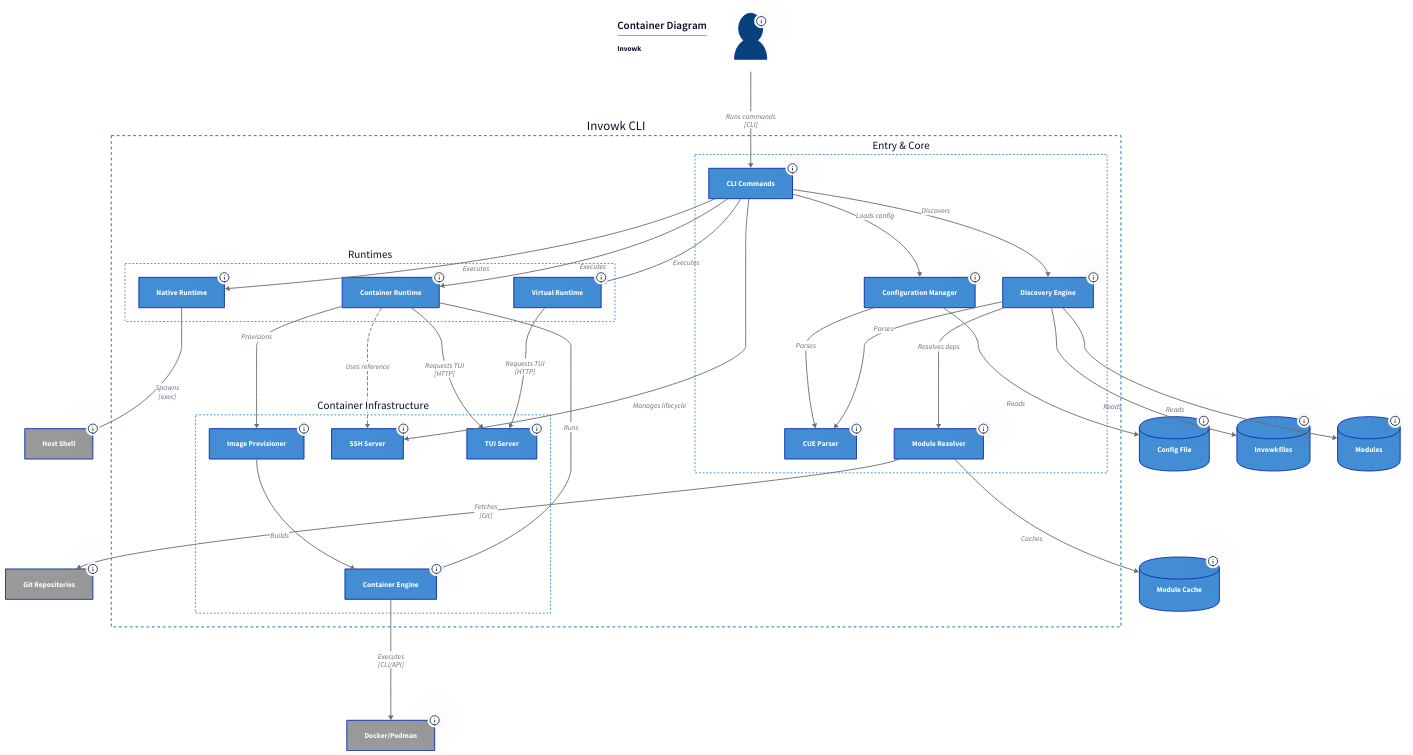
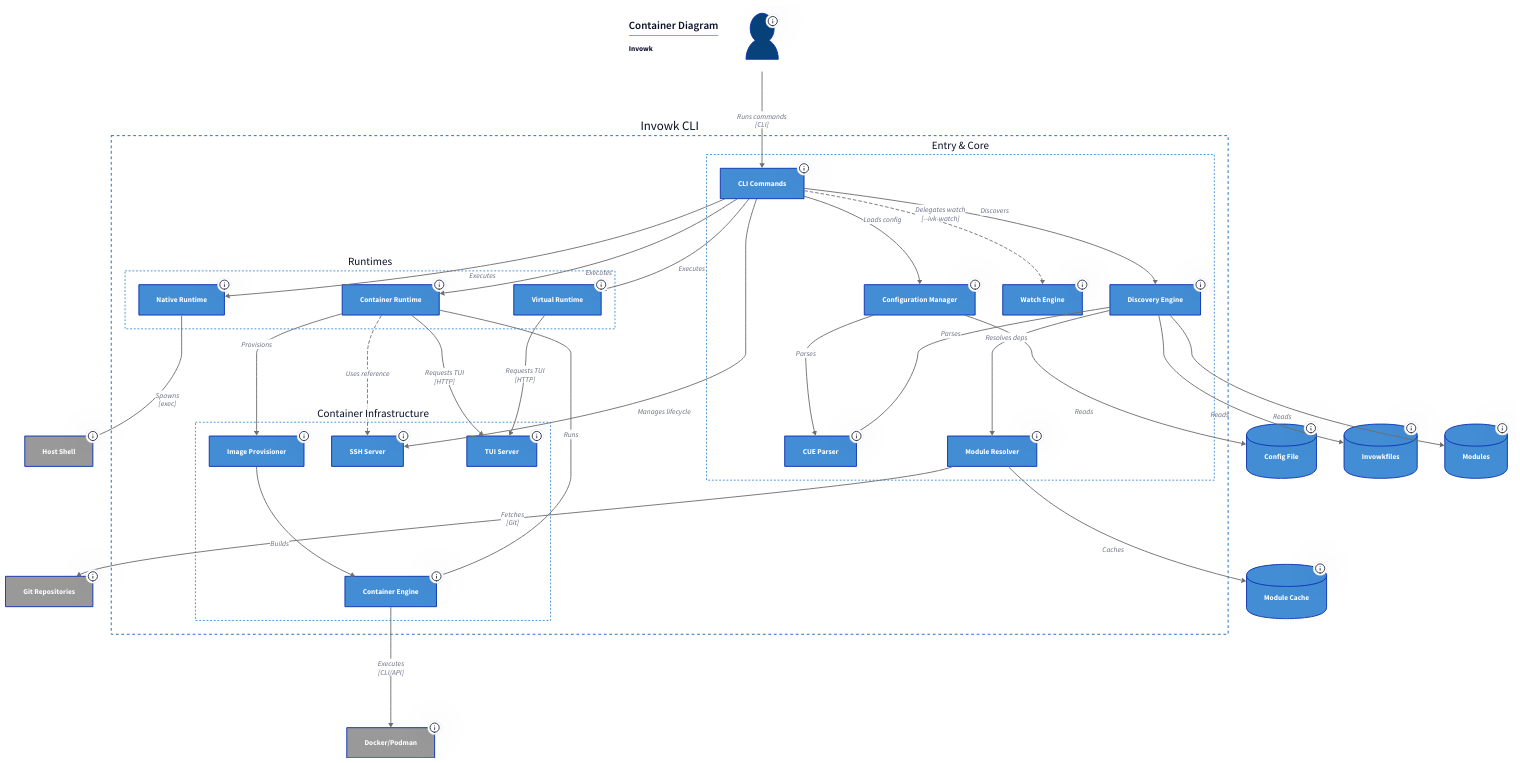
Before and after one commit to invowk/invowk: the diagram in docs/diagrams/c4/container.d2, drawn with D2. The commit also changed 121 other files, not shown here. The source asks for the TALA layout; these drawings use dagre instead.

First line of the commit message:
feat: watch mode, dry-run, categories, timeout, metadata env vars, and cross-cutting type safety improvements (#60)

```diff
--- a/docs/diagrams/c4/container.d2
+++ b/docs/diagrams/c4/container.d2
@@ -137,6 +137,17 @@
       tooltip: |md
         **Go**
         Git-based dependency resolution with caching
+      |
+    }
+
+    watch_engine: Watch Engine {
+      style: {
+        fill: "#438DD5"
+        font-color: "#ffffff"
+      }
+      tooltip: |md
+        **Go/fsnotify**
+        File-watching with debounced re-execution for --ivk-watch mode
       |
     }
   }
@@ -338,6 +349,12 @@
   style.stroke: "#707070"
 }
 
+# Command to Watch Engine
+invowk_cli.entry_core.cmd -> invowk_cli.entry_core.watch_engine: "Delegates watch\n[--ivk-watch]" {
+  style.stroke: "#707070"
+  style.stroke-dash: 3
+}
+
 # Command to Runtime fan-out
 invowk_cli.entry_core.cmd -> invowk_cli.runtimes.runtime_native: Executes {
   style.stroke: "#707070"
```
